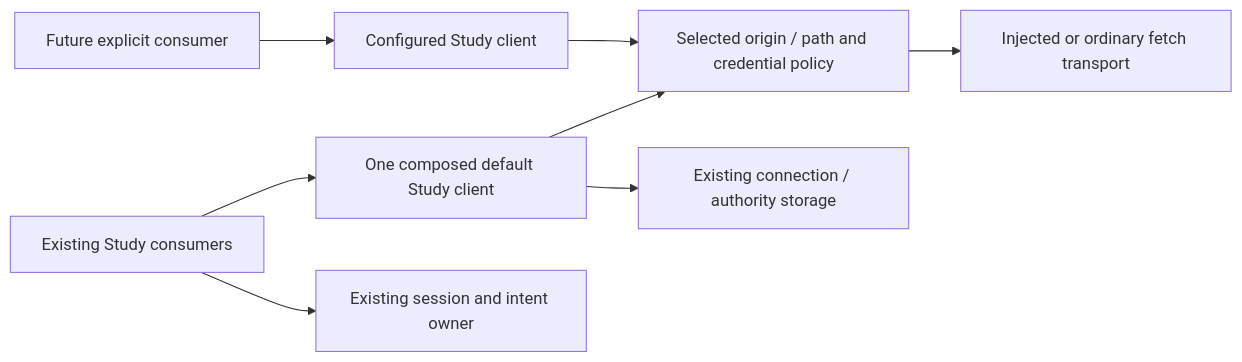
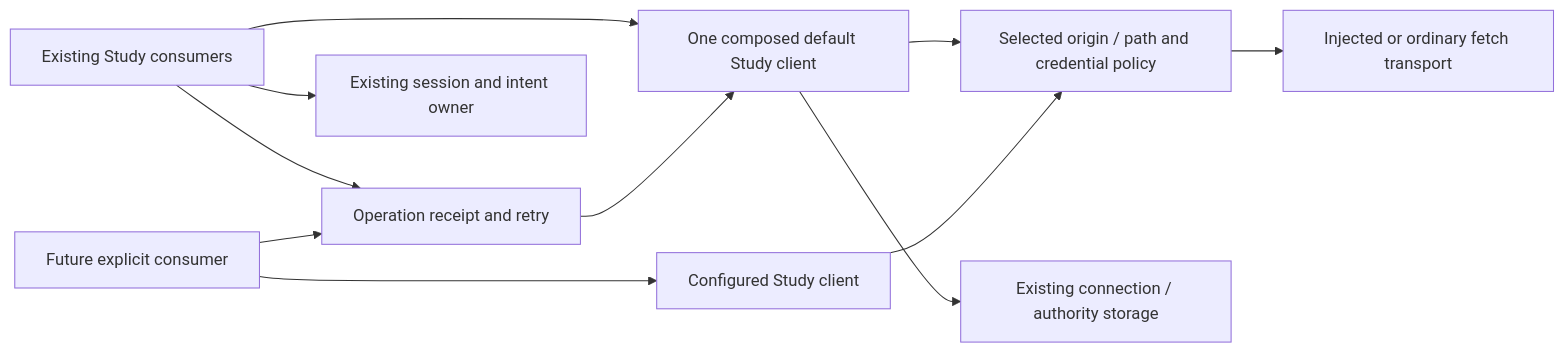
Before and after one commit to aaweaver-actuary/tempo: the second of 2 diagrams in app/lib/README.md, drawn with Mermaid. The commit also changed other lines of this file and 4 other files, not shown here.

````diff
--- a/app/lib/README.md
+++ b/app/lib/README.md
@@ -58,10 +58,13 @@
 ```mermaid
 flowchart LR
   Legacy["Existing Study consumers"] --> Default["One composed default Study client"]
   Custom["Future explicit consumer"] --> Client["Configured Study client"]
   Default --> Gate["Selected origin / path and credential policy"]
   Client --> Gate
   Gate --> Transport["Injected or ordinary fetch transport"]
   Default --> Storage["Existing connection / authority storage"]
+  Legacy --> Status["Operation receipt and retry"]
+  Status --> Default
+  Custom --> Status
   Legacy --> Session["Existing session and intent owner"]
 ```
````
